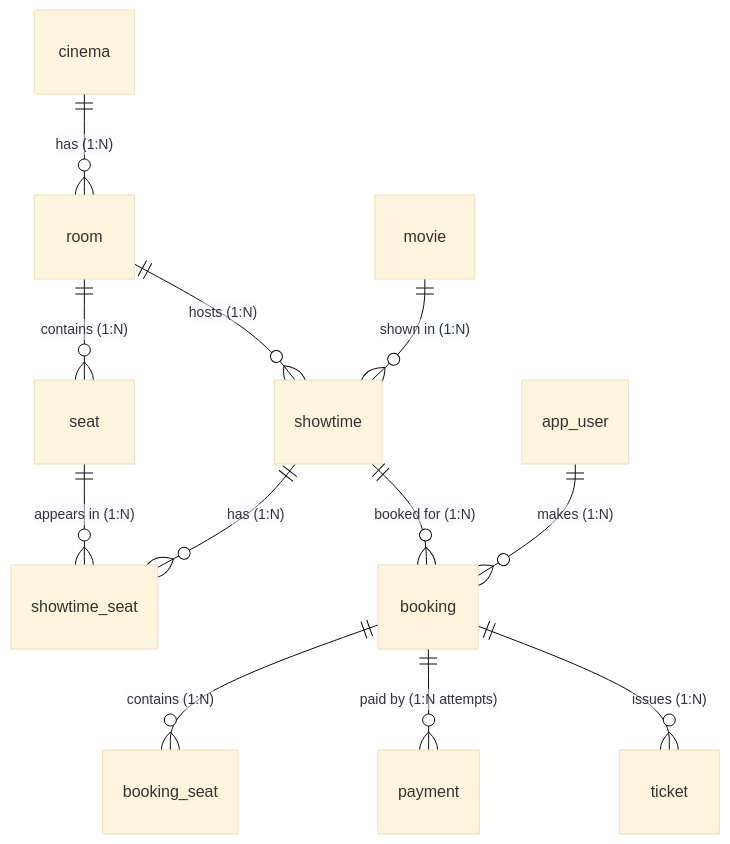
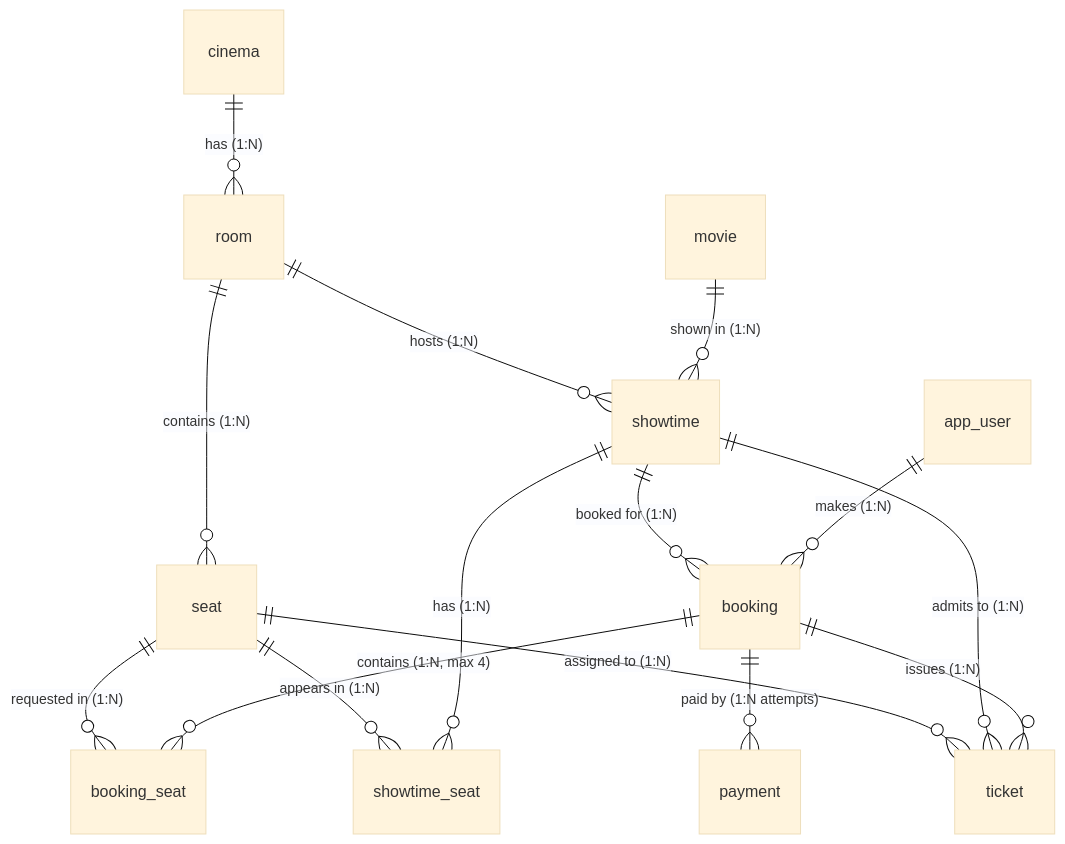
One commit to baovdqn/cinema-booking changed the first of 2 diagrams in docs/03-data-model.md. Above: the diagram before and after it, drawn with Mermaid (base theme). The commit also changed other lines of this file and 6 other files, not shown here.

Commit message:
feat(db): add changelog 002 showtime and 003 showtime_seat with exclusion constraint

````diff
--- a/docs/03-data-model.md
+++ b/docs/03-data-model.md
@@ -31,14 +41,17 @@
 ```mermaid
 erDiagram
   cinema ||--o{ room : "has (1:N)"
   room ||--o{ seat : "contains (1:N)"
   movie ||--o{ showtime : "shown in (1:N)"
   room ||--o{ showtime : "hosts (1:N)"
   showtime ||--o{ showtime_seat : "has (1:N)"
   seat ||--o{ showtime_seat : "appears in (1:N)"
   app_user ||--o{ booking : "makes (1:N)"
   showtime ||--o{ booking : "booked for (1:N)"
-  booking ||--o{ booking_seat : "contains (1:N)"
+  booking ||--o{ booking_seat : "contains (1:N, max 4)"
+  seat ||--o{ booking_seat : "requested in (1:N)"
   booking ||--o{ payment : "paid by (1:N attempts)"
   booking ||--o{ ticket : "issues (1:N)"
+  showtime ||--o{ ticket : "admits to (1:N)"
+  seat ||--o{ ticket : "assigned to (1:N)"
 ```
````
